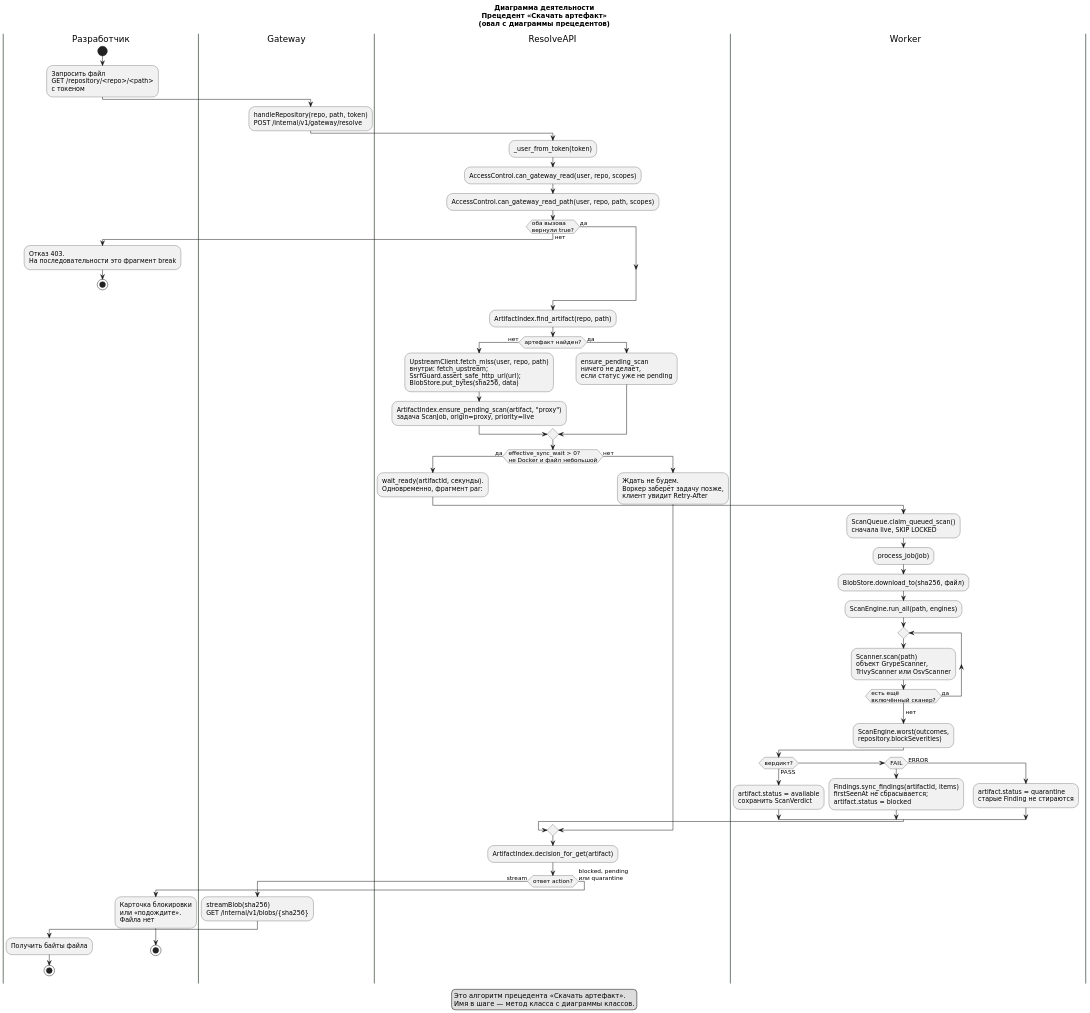
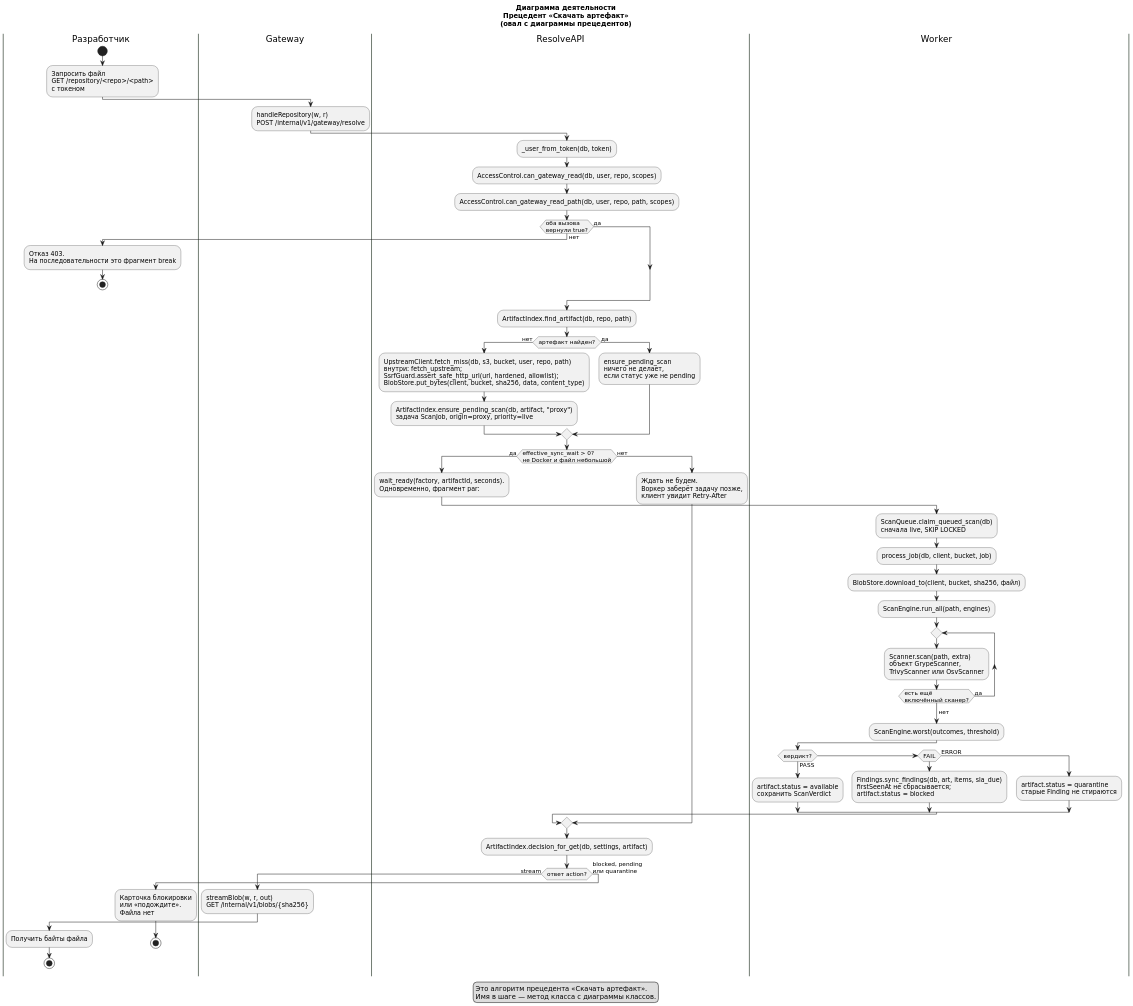
The diagram in 02-activity.puml (meowsl/seccrate-uml), drawn with PlantUML before and after one commit. The commit also changed 11 other files, not shown here.

```diff
--- a/02-activity.puml
+++ b/02-activity.puml
@@ -1,91 +1,91 @@
 @startuml 02-activity
 ' Деятельность прецедента «Скачать артефакт».
 ' Дорожки — классы с диаграммы 1.3. Подписи шагов — их методы.
 ' Те же развилки, что фрагменты alt / opt / par на диаграмме 1.4.
 
 skinparam defaultFontName DejaVu Sans
 skinparam shadowing false
 skinparam dpi 140
 skinparam ActivityFontSize 13
 skinparam ActivityDiamondFontSize 12
 skinparam ArrowFontSize 12
 skinparam swimlaneWidth 240
 skinparam swimlaneBorderColor #3D4A3E
 
 title Диаграмма деятельности\nПрецедент «Скачать артефакт»\n(овал с диаграммы прецедентов)
 
 |Разработчик|
 start
 :Запросить файл\nGET /repository/<repo>/<path>\nс токеном;
 
 |Gateway|
-:handleRepository(repo, path, token)\nPOST /internal/v1/gateway/resolve;
+:handleRepository(w, r)\nPOST /internal/v1/gateway/resolve;
 
 |ResolveAPI|
-:_user_from_token(token);
-:AccessControl.can_gateway_read(user, repo, scopes);
-:AccessControl.can_gateway_read_path(user, repo, path, scopes);
+:_user_from_token(db, token);
+:AccessControl.can_gateway_read(db, user, repo, scopes);
+:AccessControl.can_gateway_read_path(db, user, repo, path, scopes);
 
 if (оба вызова\nвернули true?) then (да)
 else (нет)
   |Разработчик|
   :Отказ 403.\nНа последовательности это фрагмент break;
   stop
 endif
 
 |ResolveAPI|
-:ArtifactIndex.find_artifact(repo, path);
+:ArtifactIndex.find_artifact(db, repo, path);
 
 if (артефакт найден?) then (нет)
-  :UpstreamClient.fetch_miss(user, repo, path)\nвнутри: fetch_upstream;\nSsrfGuard.assert_safe_http_url(url);\nBlobStore.put_bytes(sha256, data);
-  :ArtifactIndex.ensure_pending_scan(artifact, "proxy")\nзадача ScanJob, origin=proxy, priority=live;
+  :UpstreamClient.fetch_miss(db, s3, bucket, user, repo, path)\nвнутри: fetch_upstream;\nSsrfGuard.assert_safe_http_url(url, hardened, allowlist);\nBlobStore.put_bytes(client, bucket, sha256, data, content_type);
+  :ArtifactIndex.ensure_pending_scan(db, artifact, "proxy")\nзадача ScanJob, origin=proxy, priority=live;
 else (да)
   :ensure_pending_scan\nничего не делает,\nесли статус уже не pending;
 endif
 
 if (effective_sync_wait > 0?\nне Docker и файл небольшой) then (да)
   |ResolveAPI|
-  :wait_ready(artifactId, секунды).\nОдновременно, фрагмент par:;
+  :wait_ready(factory, artifactId, seconds).\nОдновременно, фрагмент par:;
   |Worker|
-  :ScanQueue.claim_queued_scan()\nсначала live, SKIP LOCKED;
-  :process_job(job);
-  :BlobStore.download_to(sha256, файл);
+  :ScanQueue.claim_queued_scan(db)\nсначала live, SKIP LOCKED;
+  :process_job(db, client, bucket, job);
+  :BlobStore.download_to(client, bucket, sha256, файл);
   :ScanEngine.run_all(path, engines);
   repeat
-    :Scanner.scan(path)\nобъект GrypeScanner,\nTrivyScanner или OsvScanner;
+    :Scanner.scan(path, extra)\nобъект GrypeScanner,\nTrivyScanner или OsvScanner;
   repeat while (есть ещё\nвключённый сканер?) is (да)
   ->нет;
-  :ScanEngine.worst(outcomes,\nrepository.blockSeverities);
+  :ScanEngine.worst(outcomes, threshold);
   if (вердикт?) then (PASS)
     :artifact.status = available\nсохранить ScanVerdict;
   elseif (FAIL)
-    :Findings.sync_findings(artifactId, items)\nfirstSeenAt не сбрасывается;\nartifact.status = blocked;
+    :Findings.sync_findings(db, art, items, sla_due)\nfirstSeenAt не сбрасывается;\nartifact.status = blocked;
   else (ERROR)
     :artifact.status = quarantine\nстарые Finding не стираются;
   endif
 else (нет)
   |ResolveAPI|
   :Ждать не будем.\nВоркер заберёт задачу позже,\nклиент увидит Retry-After;
 endif
 
 |ResolveAPI|
-:ArtifactIndex.decision_for_get(artifact);
+:ArtifactIndex.decision_for_get(db, settings, artifact);
 
 if (ответ action?) then (stream)
   |Gateway|
-  :streamBlob(sha256)\nGET /internal/v1/blobs/{sha256};
+  :streamBlob(w, r, out)\nGET /internal/v1/blobs/{sha256};
   |Разработчик|
   :Получить байты файла;
   stop
 else (blocked, pending\nили quarantine)
   |Разработчик|
   :Карточка блокировки\nили «подождите».\nФайла нет;
   stop
 endif
 
 legend bottom
   Это алгоритм прецедента «Скачать артефакт».
   Имя в шаге — метод класса с диаграммы классов.
 endlegend
 
 @enduml
```
